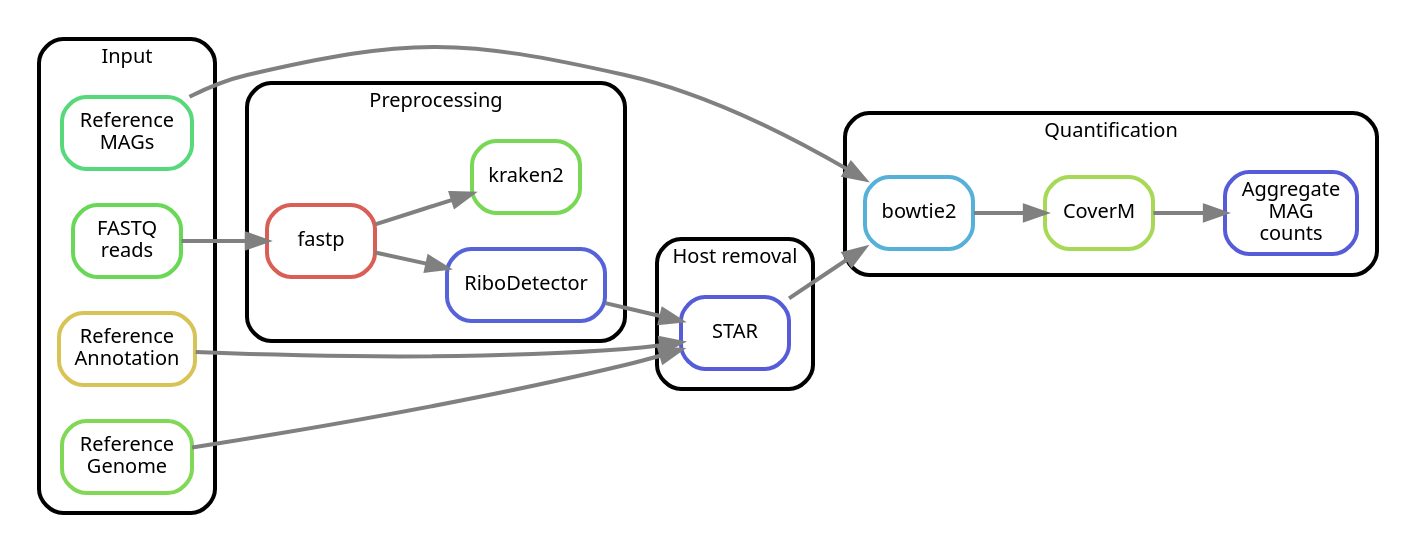
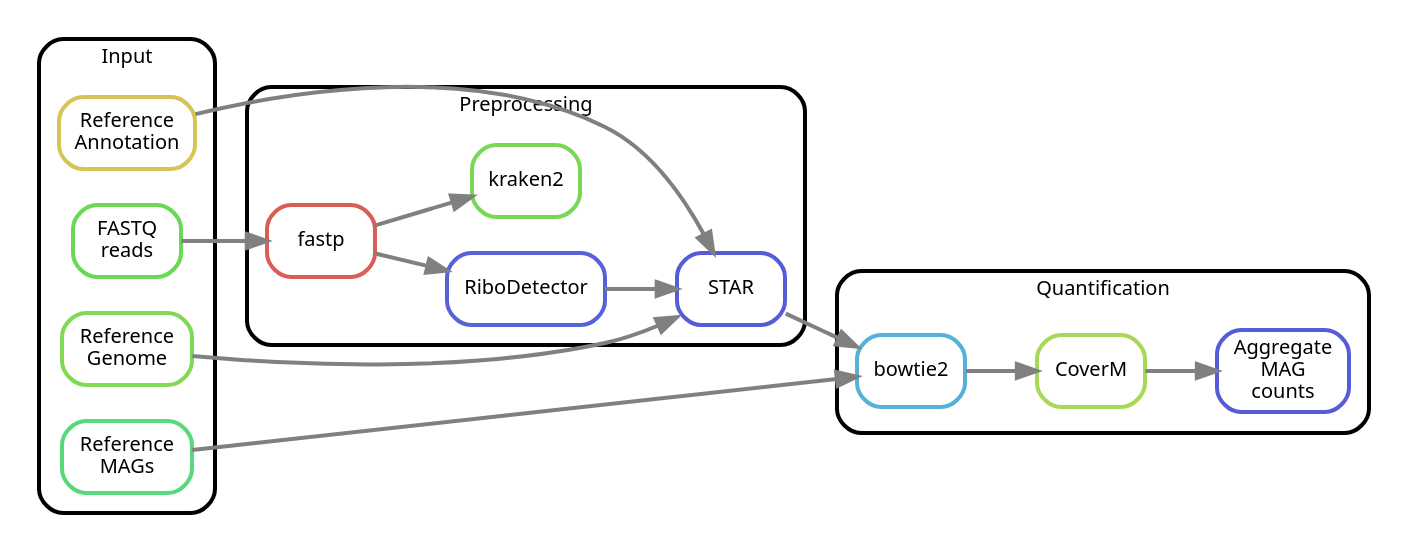
The diagram in rulegraph_simple.dot (3d-omics/Bioinfo_Micro_Microbial_Metatranscriptomics), drawn with Graphviz before and after one commit. The commit also changed 10 other files, not shown here.

```diff
--- a/rulegraph_simple.dot
+++ b/rulegraph_simple.dot
@@ -1,50 +1,45 @@
 digraph snakemake_dag {
     rankdir="LR";
+    // newrank=true;
     graph[bgcolor=white, margin=0];
     node[shape=box, style=rounded, fontname=sans, fontsize=10, penwidth=2];
     edge[penwidth=2, color=grey];
 
     subgraph cluster_0 {
         label = "Input";
         shape=box; style=rounded; fontname=sans; fontsize=10; penwidth=2; margin=10;
-
+        reads      [label = "FASTQ\nreads",          color = "0.31 0.6 0.85", style="rounded"];
         mags       [label = "Reference\nMAGs",       color = "0.38 0.6 0.85", style="rounded"];
-        reads      [label = "FASTQ\nreads",          color = "0.31 0.6 0.85", style="rounded"];
         genome     [label = "Reference\nGenome",     color = "0.28 0.6 0.85", style="rounded"];
         annotation [label = "Reference\nAnnotation", color = "0.14 0.6 0.85", style="rounded"];
     }
 
     subgraph cluster_1 {
         label = "Preprocessing";
         shape=box; style=rounded; fontname=sans; fontsize=10; penwidth=2; margin=10;
 
         fastp        [label = "fastp",        color = "0.01 0.6 0.85", style="rounded"];
         ribodetector [label = "RiboDetector", color = "0.65 0.6 0.85", style="rounded"];
         kraken2      [label = "kraken2",      color = "0.29 0.6 0.85", style="rounded"];
+        star [label = "STAR", color = "0.66 0.6 0.85", style="rounded"];
     }
 
     subgraph cluster_2 {
-        label = "Host removal";
-        shape=box; style=rounded; fontname=sans; fontsize=10; penwidth=2; margin=10;
-        star [label = "STAR", color = "0.66 0.6 0.85", style="rounded"];
-    }
-
-    subgraph cluster_3 {
         label = "Quantification";
         shape=box; style=rounded; fontname=sans; fontsize=10; penwidth=2; margin=10;
         bowtie2   [label = "bowtie2",                color = "0.55 0.6 0.85", style="rounded"];
         coverm    [label = "CoverM",                 color = "0.23 0.6 0.85", style="rounded"];
         aggregate [label = "Aggregate\nMAG\ncounts", color = "0.66 0.6 0.85", style="rounded"];
     }
 
     reads -> fastp
     ribodetector -> star
     fastp -> ribodetector
     annotation -> star
     genome -> star
     mags -> bowtie2
     star -> bowtie2
     bowtie2 -> coverm
     coverm -> aggregate
     fastp -> kraken2
 }
```
